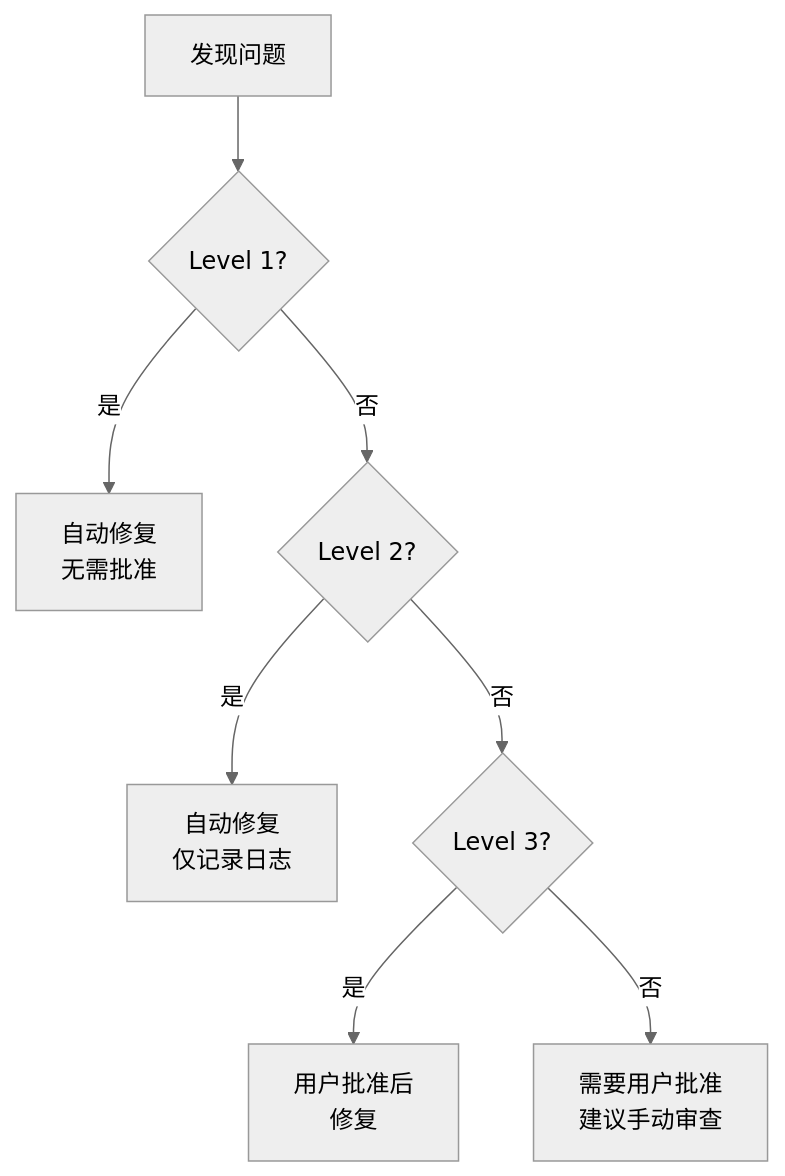
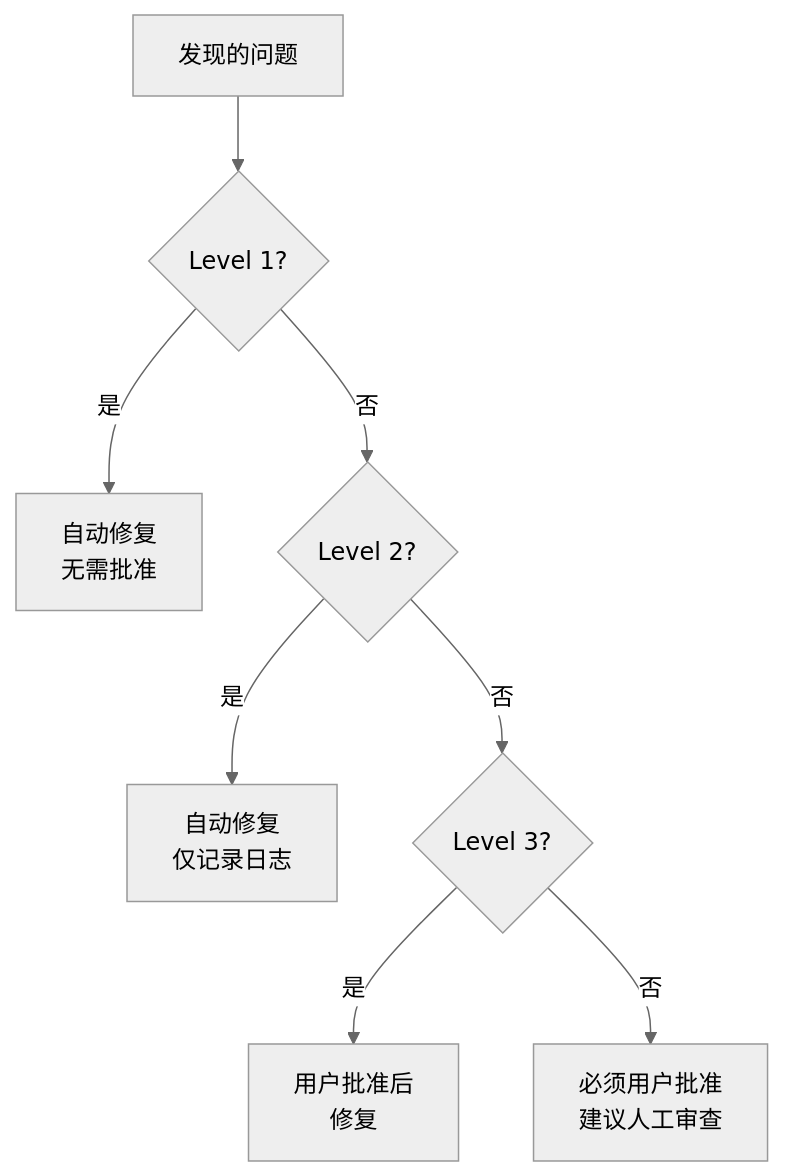
The second of 3 diagrams in docs-site/content/zh/utility-commands/moai-fix.md (modu-ai/moai-adk), drawn with Mermaid (neutral theme) before and after one commit. The commit also changed other lines of this file and 395 other files, not shown here.

````diff
--- a/docs-site/content/zh/utility-commands/moai-fix.md
+++ b/docs-site/content/zh/utility-commands/moai-fix.md
@@ -116,10 +116,10 @@
 ```mermaid
 flowchart TD
-    Issue[发现问题] --> L1{Level 1?}
+    Issue[发现的问题] --> L1{Level 1?}
     L1 -->|是| Auto1["自动修复<br/>无需批准"]
     L1 -->|否| L2{Level 2?}
     L2 -->|是| Auto2["自动修复<br/>仅记录日志"]
     L2 -->|否| L3{Level 3?}
     L3 -->|是| Approve3["用户批准后<br/>修复"]
-    L3 -->|否| Approve4["需要用户批准<br/>建议手动审查"]
+    L3 -->|否| Approve4["必须用户批准<br/>建议人工审查"]
 ```
````
